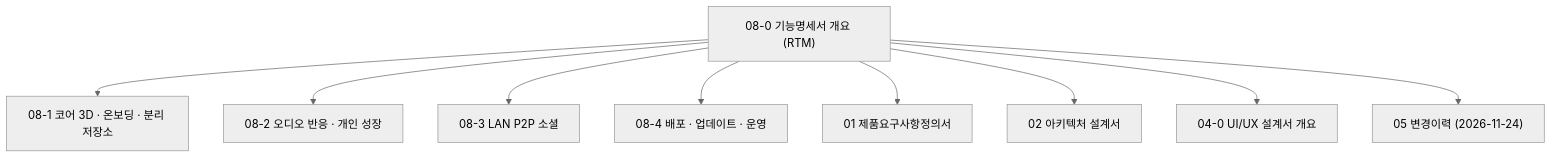
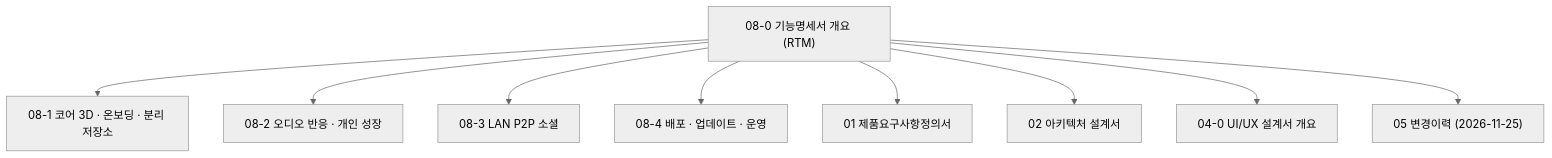
The diagram in docs/08_기능명세서/08-0_기능명세서_개요.md (DJU-ADAS-LAB/LabPet), drawn with Mermaid (neutral theme) before and after one commit. The commit also changed other lines of this file and 12 other files, not shown here.

````diff
--- a/docs/08_기능명세서/08-0_기능명세서_개요.md
+++ b/docs/08_기능명세서/08-0_기능명세서_개요.md
@@ -34,11 +35,11 @@
 ```mermaid
 flowchart TD
     RTM["08-0 기능명세서 개요 (RTM)"] --> FT1["08-1 코어 3D · 온보딩 · 분리 저장소"]
     RTM --> FT2["08-2 오디오 반응 · 개인 성장"]
     RTM --> FT3["08-3 LAN P2P 소셜"]
     RTM --> FT4["08-4 배포 · 업데이트 · 운영"]
     RTM --> PRD["01 제품요구사항정의서"]
     RTM --> ARCH["02 아키텍처 설계서"]
     RTM --> UI["04-0 UI/UX 설계서 개요"]
-    RTM --> LOG["05 변경이력 (2026-11-24)"]
+    RTM --> LOG["05 변경이력 (2026-11-25)"]
 ```
````
